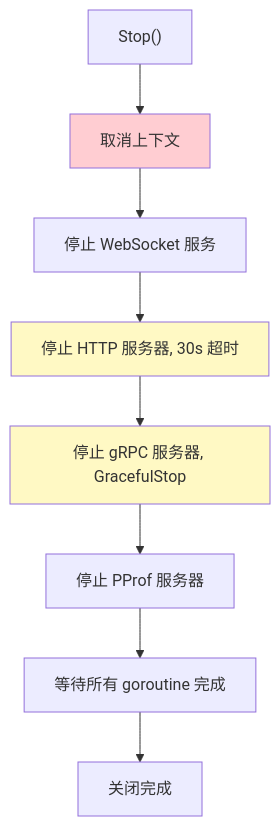
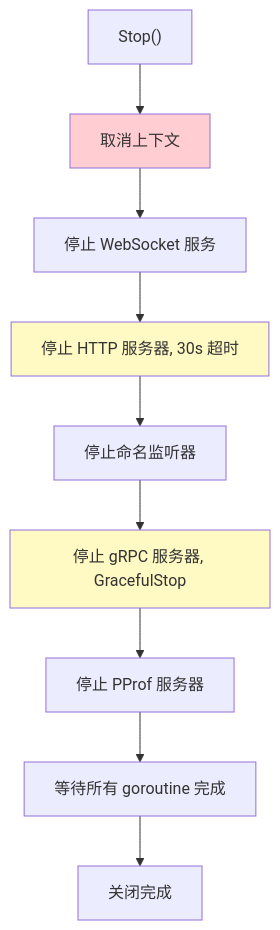
The second of 4 diagrams in docs/SERVER.md (kamalyes/go-rpc-gateway), drawn with Mermaid before and after one commit. The commit also changed other lines of this file and 20 other files, not shown here.

````diff
--- a/docs/SERVER.md
+++ b/docs/SERVER.md
@@ -255,14 +350,15 @@
 ```mermaid
 flowchart TD
     STOP["Stop()"] --> CANCEL["取消上下文"]
     CANCEL --> STOP_WS["停止 WebSocket 服务"]
     STOP_WS --> STOP_HTTP["停止 HTTP 服务器, 30s 超时"]
-    STOP_HTTP --> STOP_GRPC["停止 gRPC 服务器, GracefulStop"]
+    STOP_HTTP --> STOP_NL["停止命名监听器"]
+    STOP_NL --> STOP_GRPC["停止 gRPC 服务器, GracefulStop"]
     STOP_GRPC --> STOP_PPROF["停止 PProf 服务器"]
     STOP_PPROF --> WAIT_WG["等待所有 goroutine 完成"]
     WAIT_WG --> DONE["关闭完成"]
 
     style CANCEL fill:#ffcdd2
     style STOP_HTTP fill:#fff9c4
     style STOP_GRPC fill:#fff9c4
 ```
````
